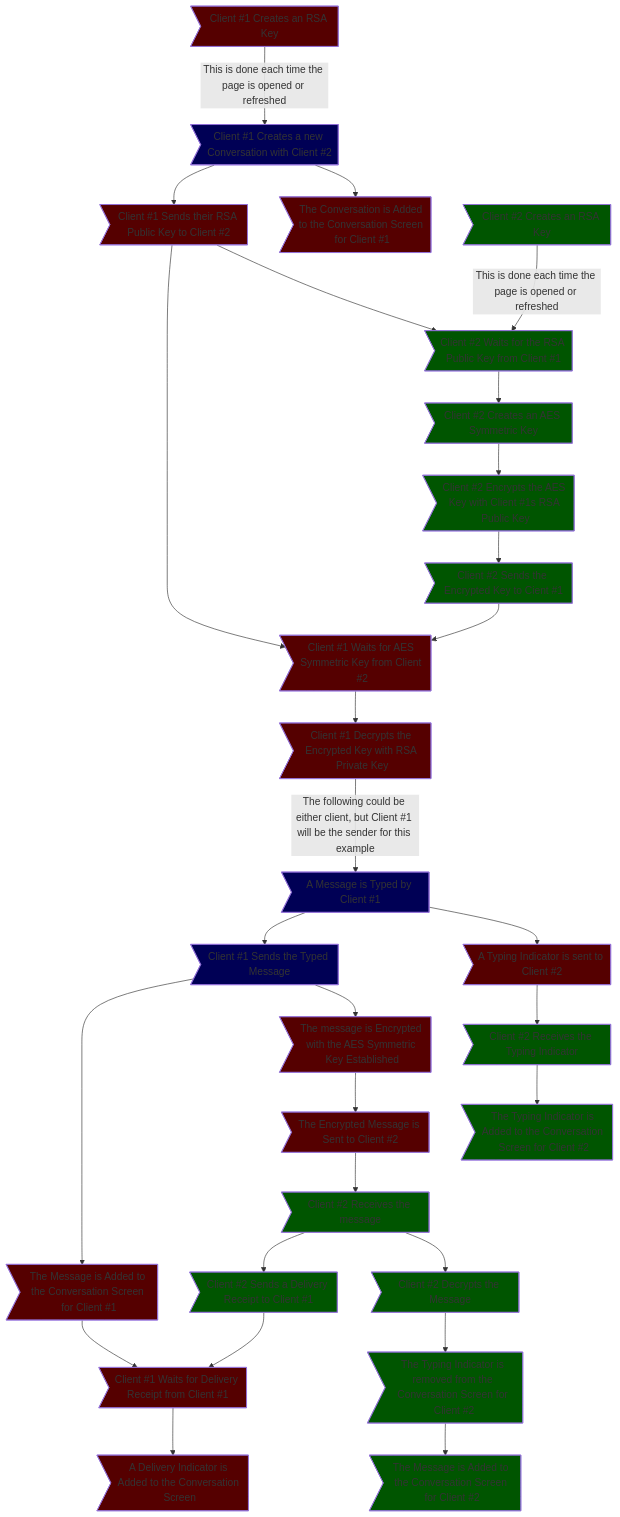
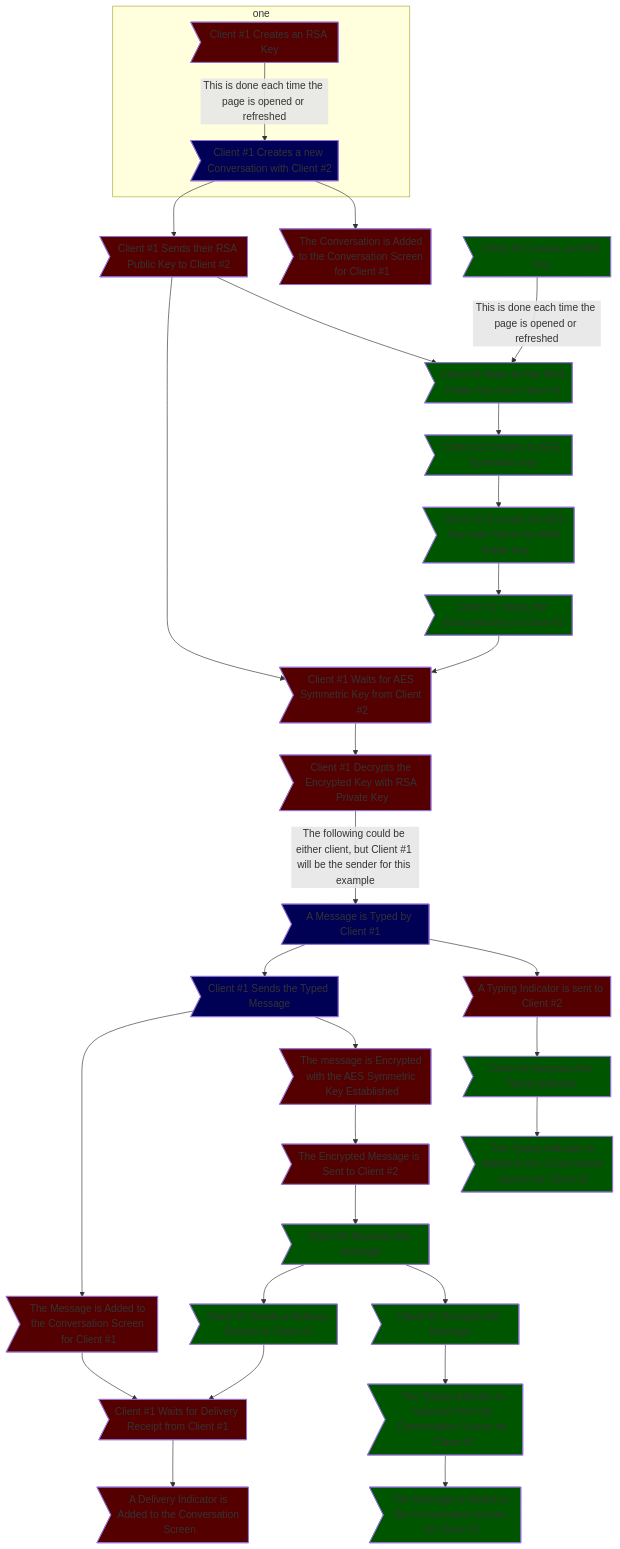
The diagram in README.md (xXCrash2BomberXx/TinyChat), drawn with Mermaid before and after one commit.

````diff
--- a/README.md
+++ b/README.md
@@ -95,37 +95,39 @@
 ```mermaid
 graph TB;
+  subgraph one
   A>Client #1 Creates an RSA Key] --> |This is done each time the page is opened or refreshed| B>Client #1 Creates a new Conversation with Client #2];
+  end
   B --> D>The Conversation is Added to the Conversation Screen for Client #1];
   B --> E>Client #1 Sends their RSA Public Key to Client #2];
   F>Client #2 Creates an RSA Key] --> |This is done each time the page is opened or refreshed| G>Client #2 Waits for the RSA Public Key from Client #1];
   E --> G;
   G --> H>Client #2 Creates an AES Symmetric Key];
   H -->I>Client #2 Encrypts the AES Key with Client #1s RSA Public Key];
   I -->J>Client #2 Sends the Encrypted Key to Cient #1];
   E --> K>Client #1 Waits for AES Symmetric Key from Client #2];
   J --> K;
   K --> L>Client #1 Decrypts the Encrypted Key with RSA Private Key];
   L --> |The following could be either client, but Client #1 will be the sender for this example| M>A Message is Typed by Client #1];
   M --> W>A Typing Indicator is sent to Client #2];
   W --> X>Client #2 Receives the Typing Indicator];
   X --> Y>The Typing Indicator is Added to the Conversation Screen for Client #2];
   M --> Z>Client #1 Sends the Typed Message];
   Z --> N>The message is Encrypted with the AES Symmetric Key Established];
   N --> O>The Encrypted Message is Sent to Client #2];
   Z --> Q>The Message is Added to the Conversation Screen for Client #1];
   Q --> R>Client #1 Waits for Delivery Receipt from Client #1];
   R --> V>A Delivery Indicator is Added to the Conversation Screen];
   O --> P>Client #2 Receives the message];
   P --> S>Client #2 Decrypts the Message];
   S --> C>The Typing Indicator is removed from the Conversation Screen for Client #2];
   C --> T>The Message is Added to the Conversation Screen for Client #2];
   P --> U>Client #2 Sends a Delivery Receipt to Client #1];
   U --> R;
 
   classDef c1 fill:#500
   classDef c2 fill:#050
   classDef user fill:#005
   class A,C,D,E,K,L,M,N,O,Q,R,V,W c1;
   class F,G,H,I,J,P,S,T,U,X,Y,C c2;
   class B,M,Z user;
 ```
````
